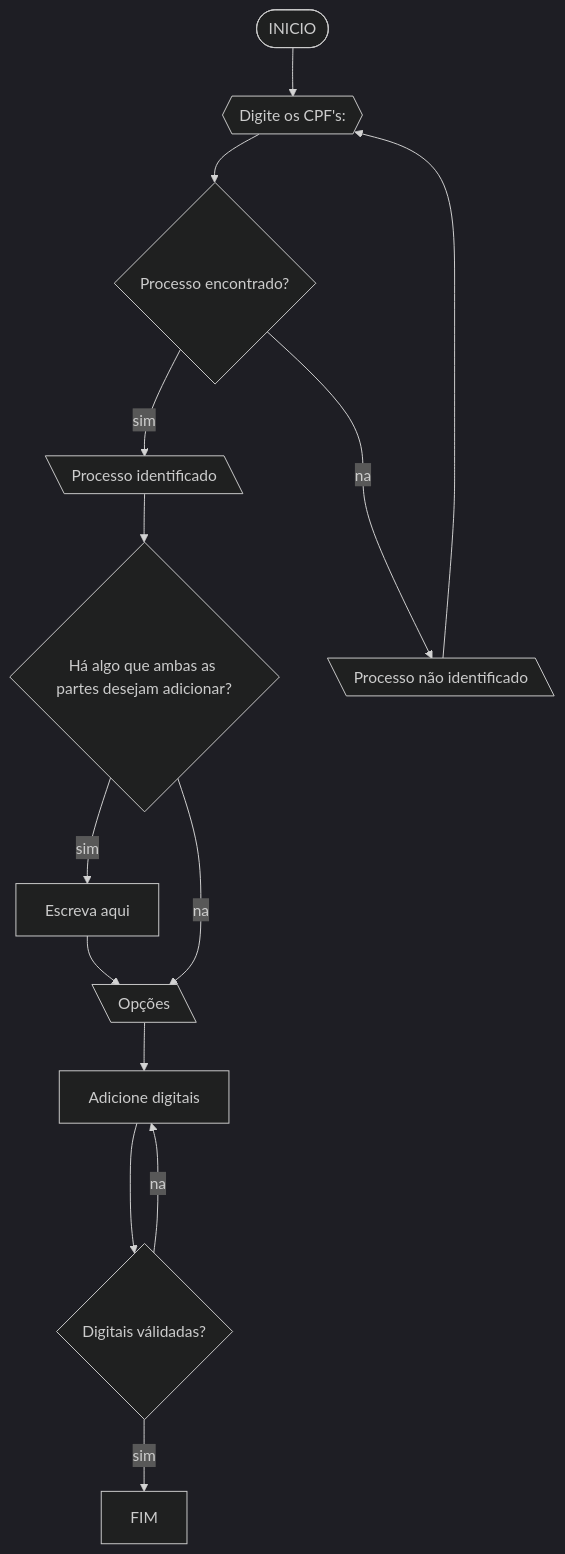
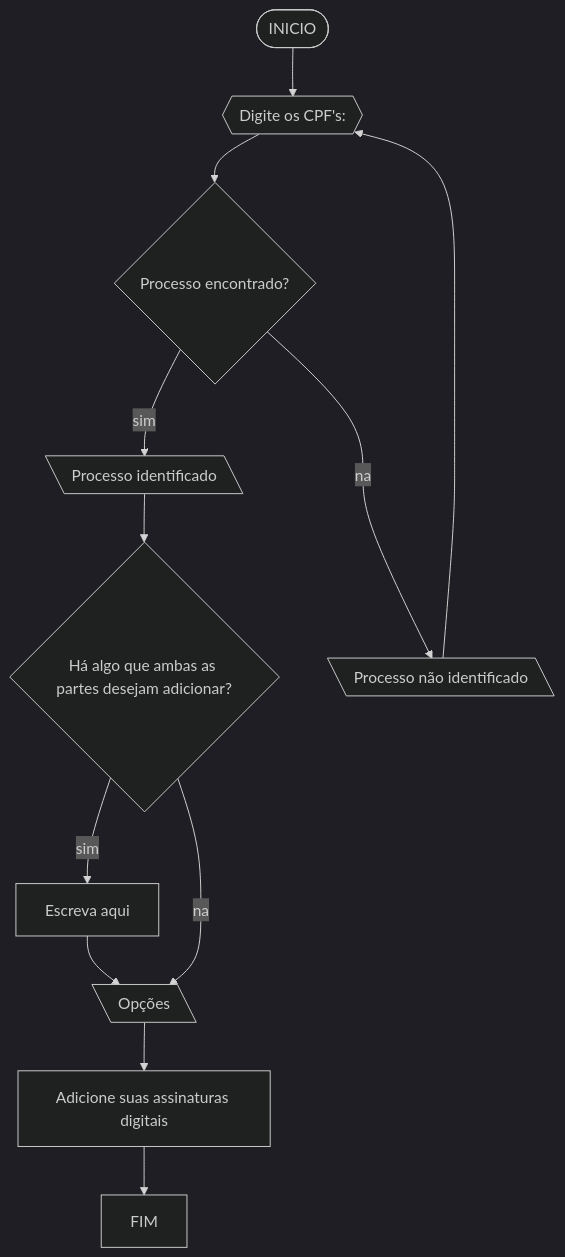
One commit to ikarochaves/UNIFOR changed the diagram in projeto.md. Above: the diagram before and after it, drawn with Mermaid (dark theme).

Commit message:
Atualizar o projeto.md

`````diff
--- a/projeto.md
+++ b/projeto.md
@@ -2,16 +2,14 @@
 ```mermaid
 flowchart TD
 A([INICIO]) --> B{{Digite os CPF's: }}
 B --> C{Processo encontrado?}
 C --sim--> D[\Processo identificado\]
 C --nao--> E[\Processo não identificado\]
 E --> B
 D --> F{Há algo que ambas as partes desejam adicionar?}
 F --sim--> G[Escreva aqui]
 F --nao--> H[\Opções\]
 G --> H
-H --> J[Adicione digitais]
-J --> K{Digitais válidadas?}
-K --sim--> L[FIM]
-K --nao--> J
+H --> J[Adicione suas assinaturas digitais]
+J --> L[FIM]
 ````
`````
